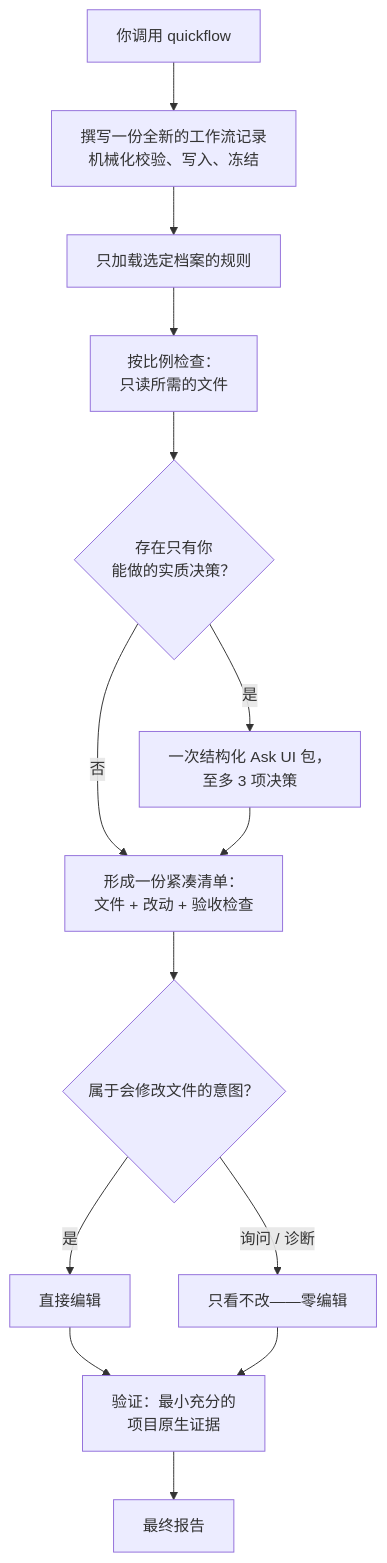
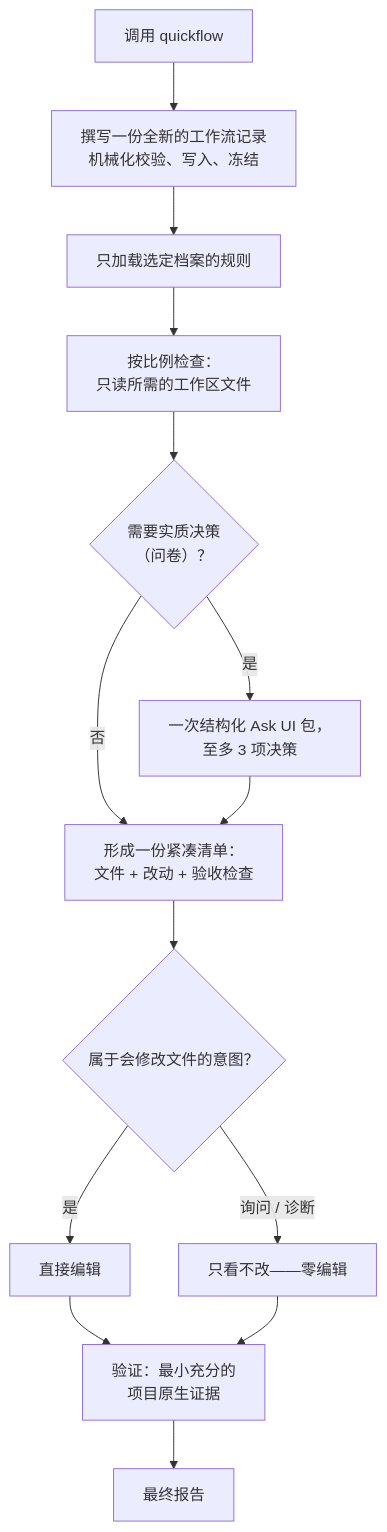
The diagram in README.zh-CN.md (xzhang17/quickflow), drawn with Mermaid before and after one commit. The commit also changed other lines of this file and 1 other file, not shown here.

Commit message:
Reword diagram nodes and add Contributors section (EN + ZH)

````diff
--- a/README.zh-CN.md
+++ b/README.zh-CN.md
@@ -59,16 +60,16 @@
 ```mermaid
 flowchart TD
-    A[你调用 quickflow] --> B[撰写一份全新的工作流记录<br/>机械化校验、写入、冻结]
+    A[调用 quickflow] --> B[撰写一份全新的工作流记录<br/>机械化校验、写入、冻结]
     B --> C[只加载选定档案的规则]
-    C --> D[按比例检查：<br/>只读所需的文件]
-    D --> E{存在只有你<br/>能做的实质决策？}
+    C --> D[按比例检查：<br/>只读所需的工作区文件]
+    D --> E{"需要实质决策<br/>（问卷）？"}
     E -->|是| F[一次结构化 Ask UI 包，<br/>至多 3 项决策]
     E -->|否| G
     F --> G[形成一份紧凑清单：<br/>文件 + 改动 + 验收检查]
     G --> H{属于会修改文件的意图？}
     H -->|是| I[直接编辑]
     H -->|询问 / 诊断| J[只看不改——零编辑]
     I --> K[验证：最小充分的<br/>项目原生证据]
     J --> K
     K --> M[最终报告]
 ```
````
